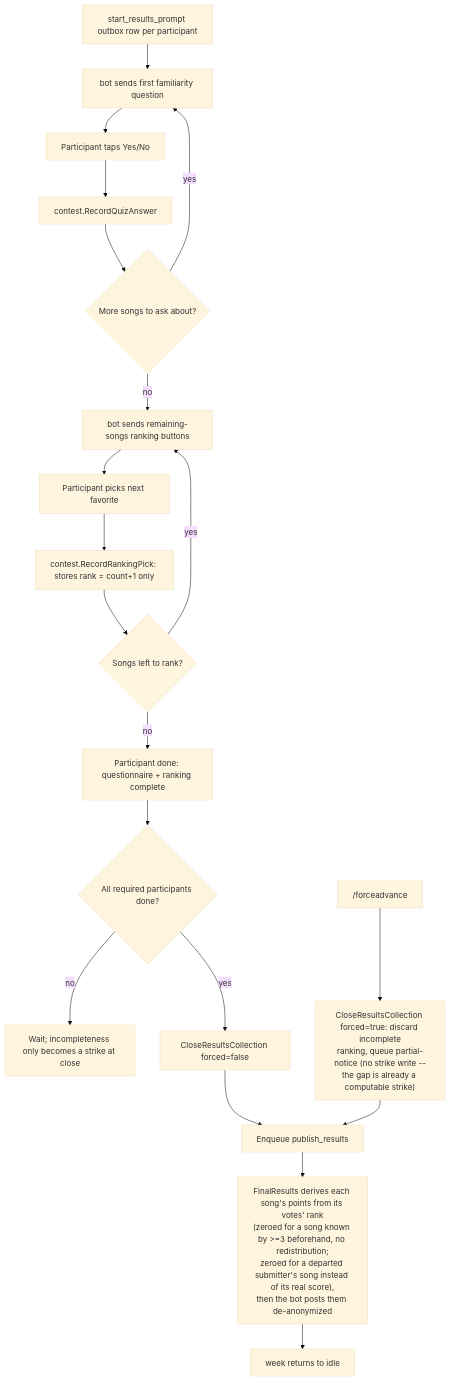
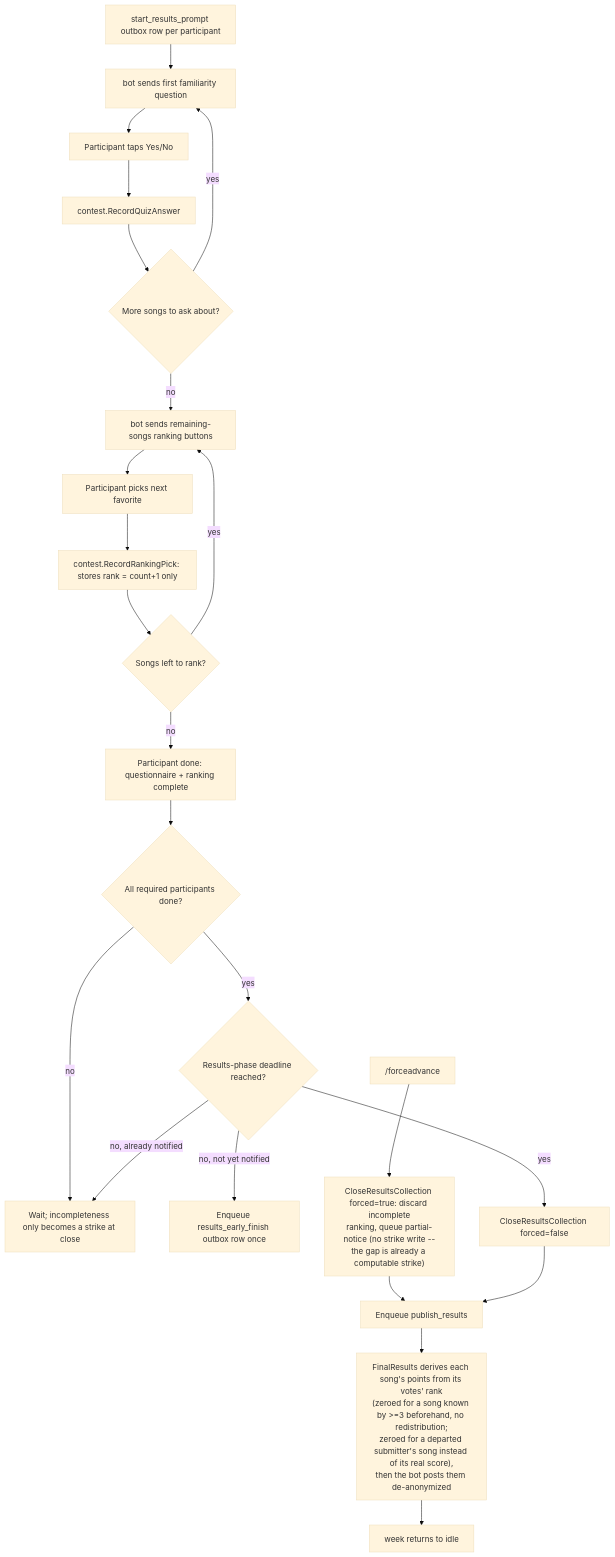
The fourth of 4 diagrams in docs/flows.md (cristianat98/Music-Contest-Telegram), drawn with Mermaid (base theme) before and after one commit. The commit also changed other lines of this file and 1 other file, not shown here.

First line of the commit message:
docs: sync flows and uml with phase-deadline gating

````diff
--- a/docs/flows.md
+++ b/docs/flows.md
@@ -68,22 +84,25 @@
 ```mermaid
 flowchart TB
   OpenResults[start_results_prompt outbox row per participant] --> FirstQuiz[bot sends first familiarity question]
   FirstQuiz --> QuizAnswer[Participant taps Yes/No]
   QuizAnswer --> RecordQuiz[contest.RecordQuizAnswer]
   RecordQuiz --> MoreQuiz{More songs to ask about?}
   MoreQuiz -->|yes| FirstQuiz
   MoreQuiz -->|no| FirstRank[bot sends remaining-songs ranking buttons]
   FirstRank --> RankPick[Participant picks next favorite]
   RankPick --> RecordRank["contest.RecordRankingPick: stores rank = count+1 only"]
   RecordRank --> MoreRank{Songs left to rank?}
   MoreRank -->|yes| FirstRank
   MoreRank -->|no| Done[Participant done: questionnaire + ranking complete]
   Done --> CheckAllDone{All required participants done?}
   CheckAllDone -->|no| WaitR[Wait; incompleteness only becomes a strike at close]
-  CheckAllDone -->|yes| CloseNatural[CloseResultsCollection forced=false]
+  CheckAllDone -->|yes| DeadlineCheckR{Results-phase deadline reached?}
+  DeadlineCheckR -->|no, not yet notified| EarlyNoticeR[Enqueue results_early_finish outbox row once]
+  DeadlineCheckR -->|no, already notified| WaitR
+  DeadlineCheckR -->|yes| CloseNatural[CloseResultsCollection forced=false]
   AdminForce["/forceadvance"] --> CloseForced["CloseResultsCollection forced=true: discard incomplete\nranking, queue partial-notice (no strike write --\nthe gap is already a computable strike)"]
   CloseForced --> EnqueuePublish[Enqueue publish_results]
   CloseNatural --> EnqueuePublish
   EnqueuePublish --> Announce["FinalResults derives each song's points from its votes' rank\n(zeroed for a song known by >=3 beforehand, no redistribution;\nzeroed for a departed submitter's song instead of its real score),\nthen the bot posts them de-anonymized"]
   Announce --> Idle[week returns to idle]
 ```
````
